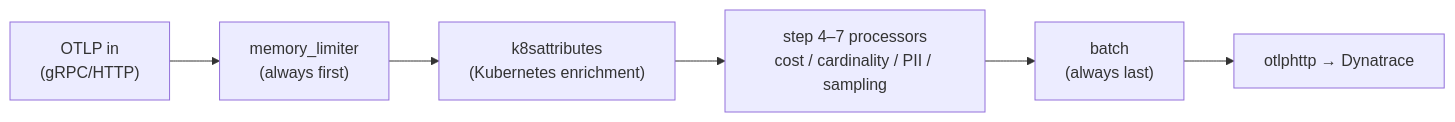
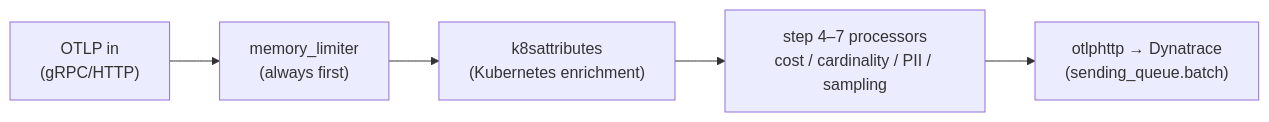
One commit to agardnerIT/Otel-Training changed the third of 3 diagrams in docs-site/advanced/environment.md. Above: the diagram before and after it, drawn with Mermaid. The commit also changed other lines of this file and 30 other files, not shown here.

````diff
--- a/docs-site/advanced/environment.md
+++ b/docs-site/advanced/environment.md
@@ -100,8 +100,7 @@
 ```mermaid
 flowchart LR
   otlp["OTLP in<br/>(gRPC/HTTP)"] --> ml["memory_limiter<br/>(always first)"]
   ml --> k8s["k8sattributes<br/>(Kubernetes enrichment)"]
   k8s --> mid["step 4–7 processors<br/>cost / cardinality / PII / sampling"]
-  mid --> batch["batch<br/>(always last)"]
-  batch --> dtx["otlphttp → Dynatrace"]
+  mid --> dtx["otlphttp → Dynatrace<br/>(sending_queue.batch)"]
 ```
````
